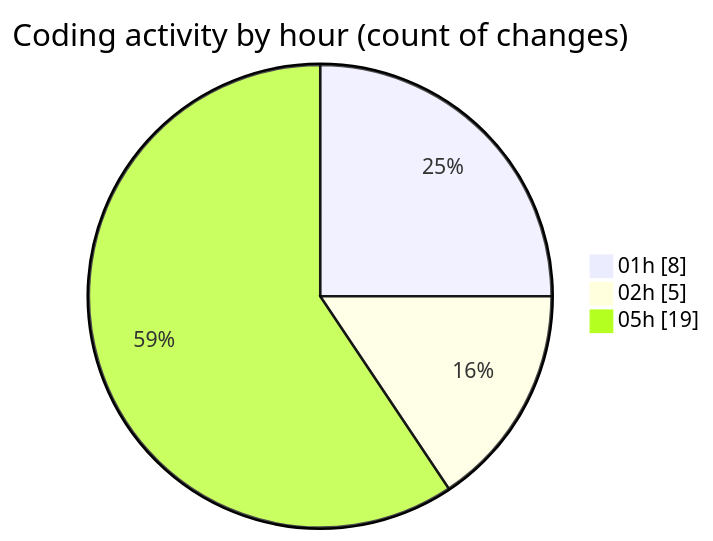
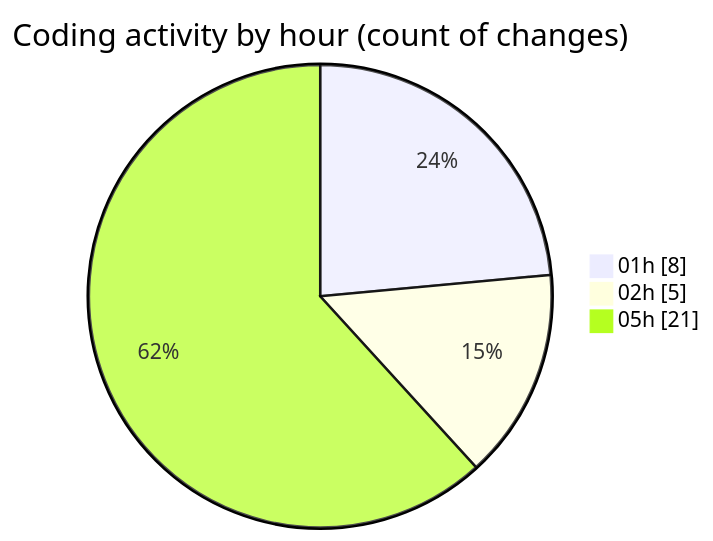
One commit to julien-gomy/code-tracking changed the second of 2 diagrams in 2025-11-21/eventscop-api-guide__workspace_/README.md. Above: the diagram before and after it, drawn with Mermaid. The commit also changed other lines of this file and 1 other file, not shown here.

````diff
--- a/2025-11-21/eventscop-api-guide__workspace_/README.md
+++ b/2025-11-21/eventscop-api-guide__workspace_/README.md
@@ -39,7 +39,7 @@
 ```mermaid
 pie showData
 title Coding activity by hour (count of changes)
 "01h" : 8
 "02h" : 5
-"05h" : 19
+"05h" : 21
 ```
````
